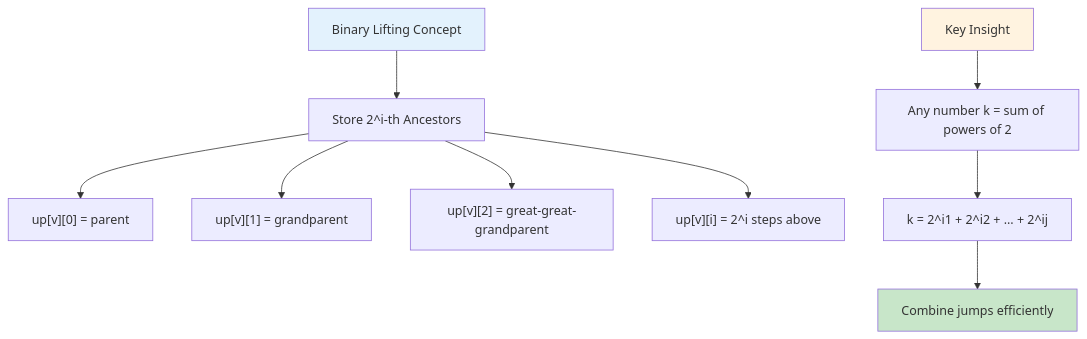
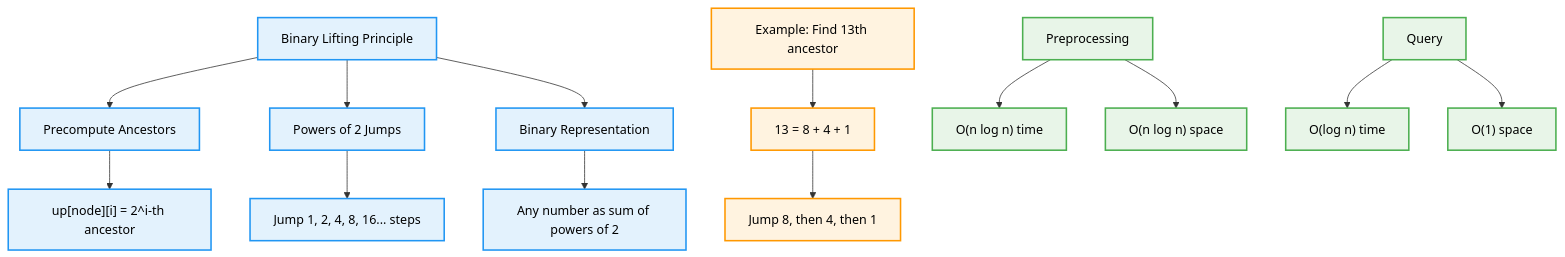
Before and after one commit to AbhishekGiri04/CodeVault: the second of 4 diagrams in concepts/binary-lifting.md, drawn with Mermaid. The commit also changed other lines of this file, not shown here.

Commit message:
Complete binary lifting guide with professional images and comprehensive coverage

````diff
--- a/concepts/binary-lifting.md
+++ b/concepts/binary-lifting.md
@@ -145,16 +69,27 @@
 ```mermaid
 flowchart TD
-    A["Binary Lifting Concept"] --> B["Store 2^i-th Ancestors"]
-    B --> C["up[v][0] = parent"]
-    B --> D["up[v][1] = grandparent"]
-    B --> E["up[v][2] = great-great-grandparent"]
-    B --> F["up[v][i] = 2^i steps above"]
+    A["Binary Lifting Principle"] --> B["Precompute Ancestors"]
+    A --> C["Powers of 2 Jumps"]
+    A --> D["Binary Representation"]
     
-    G["Key Insight"] --> H["Any number k = sum of powers of 2"]
-    H --> I["k = 2^i1 + 2^i2 + ... + 2^ij"]
-    I --> J["Combine jumps efficiently"]
+    B --> E["up[node][i] = 2^i-th ancestor"]
+    C --> F["Jump 1, 2, 4, 8, 16... steps"]
+    D --> G["Any number as sum of powers of 2"]
     
-    style A fill:#e3f2fd
-    style G fill:#fff3e0
-    style J fill:#c8e6c9
+    H["Example: Find 13th ancestor"] --> I["13 = 8 + 4 + 1"]
+    I --> J["Jump 8, then 4, then 1"]
+    
+    K["Preprocessing"] --> L["O(n log n) time"]
+    K --> M["O(n log n) space"]
+    
+    N["Query"] --> O["O(log n) time"]
+    N --> P["O(1) space"]
+    
+    classDef default fill:#f9f9f9,stroke:#333,stroke-width:2px,color:#000
+    classDef concept fill:#e3f2fd,stroke:#2196f3,stroke-width:2px,color:#000
+    classDef example fill:#fff3e0,stroke:#ff9800,stroke-width:2px,color:#000
+    classDef complexity fill:#e8f5e8,stroke:#4caf50,stroke-width:2px,color:#000
+    class A,B,C,D,E,F,G concept
+    class H,I,J example
+    class K,L,M,N,O,P complexity
 ```
````
